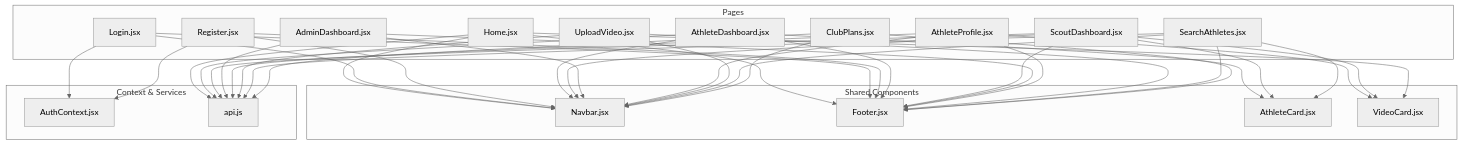
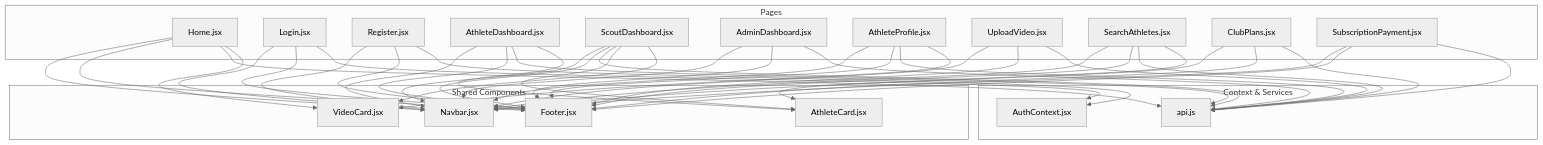
One commit to Alexandrexicara/craque-vision changed the first of 14 diagrams in .qoder/repowiki/en/content/Frontend Application/Page Components.md. Above: the diagram before and after it, drawn with Mermaid (neutral theme). The commit also changed other lines of this file and 10 other files, not shown here.

````diff
--- a/.qoder/repowiki/en/content/Frontend Application/Page Components.md
+++ b/.qoder/repowiki/en/content/Frontend Application/Page Components.md
@@ -40,61 +41,65 @@
 ```mermaid
 graph TB
 subgraph "Pages"
 Home["Home.jsx"]
 Login["Login.jsx"]
 Register["Register.jsx"]
 AthleteDash["AthleteDashboard.jsx"]
 ScoutDash["ScoutDashboard.jsx"]
 AdminDash["AdminDashboard.jsx"]
 AthleteProfile["AthleteProfile.jsx"]
 UploadVideo["UploadVideo.jsx"]
 SearchAthletes["SearchAthletes.jsx"]
 ClubPlans["ClubPlans.jsx"]
+SubscriptionPayment["SubscriptionPayment.jsx"]
 end
 subgraph "Shared Components"
 Navbar["Navbar.jsx"]
 Footer["Footer.jsx"]
 AthleteCard["AthleteCard.jsx"]
 VideoCard["VideoCard.jsx"]
 end
 subgraph "Context & Services"
 AuthCtx["AuthContext.jsx"]
 Api["api.js"]
 end
 Home --> Navbar
 Login --> Navbar
 Register --> Navbar
 AthleteDash --> Navbar
 ScoutDash --> Navbar
 AdminDash --> Navbar
 AthleteProfile --> Navbar
 UploadVideo --> Navbar
 SearchAthletes --> Navbar
 ClubPlans --> Navbar
+SubscriptionPayment --> Navbar
 Home --> Footer
 Login --> Footer
 Register --> Footer
 AthleteDash --> Footer
 ScoutDash --> Footer
 AdminDash --> Footer
 AthleteProfile --> Footer
 UploadVideo --> Footer
 SearchAthletes --> Footer
 ClubPlans --> Footer
+SubscriptionPayment --> Footer
 Home --> Api
 Login --> AuthCtx
 Register --> AuthCtx
 AthleteDash --> Api
 ScoutDash --> Api
 AdminDash --> Api
 AthleteProfile --> Api
 UploadVideo --> Api
 SearchAthletes --> Api
 ClubPlans --> Api
+SubscriptionPayment --> Api
 AthleteDash --> AthleteCard
 ScoutDash --> AthleteCard
 SearchAthletes --> AthleteCard
 AthleteProfile --> VideoCard
 ScoutDash --> VideoCard
 Home --> VideoCard
 ```
````
